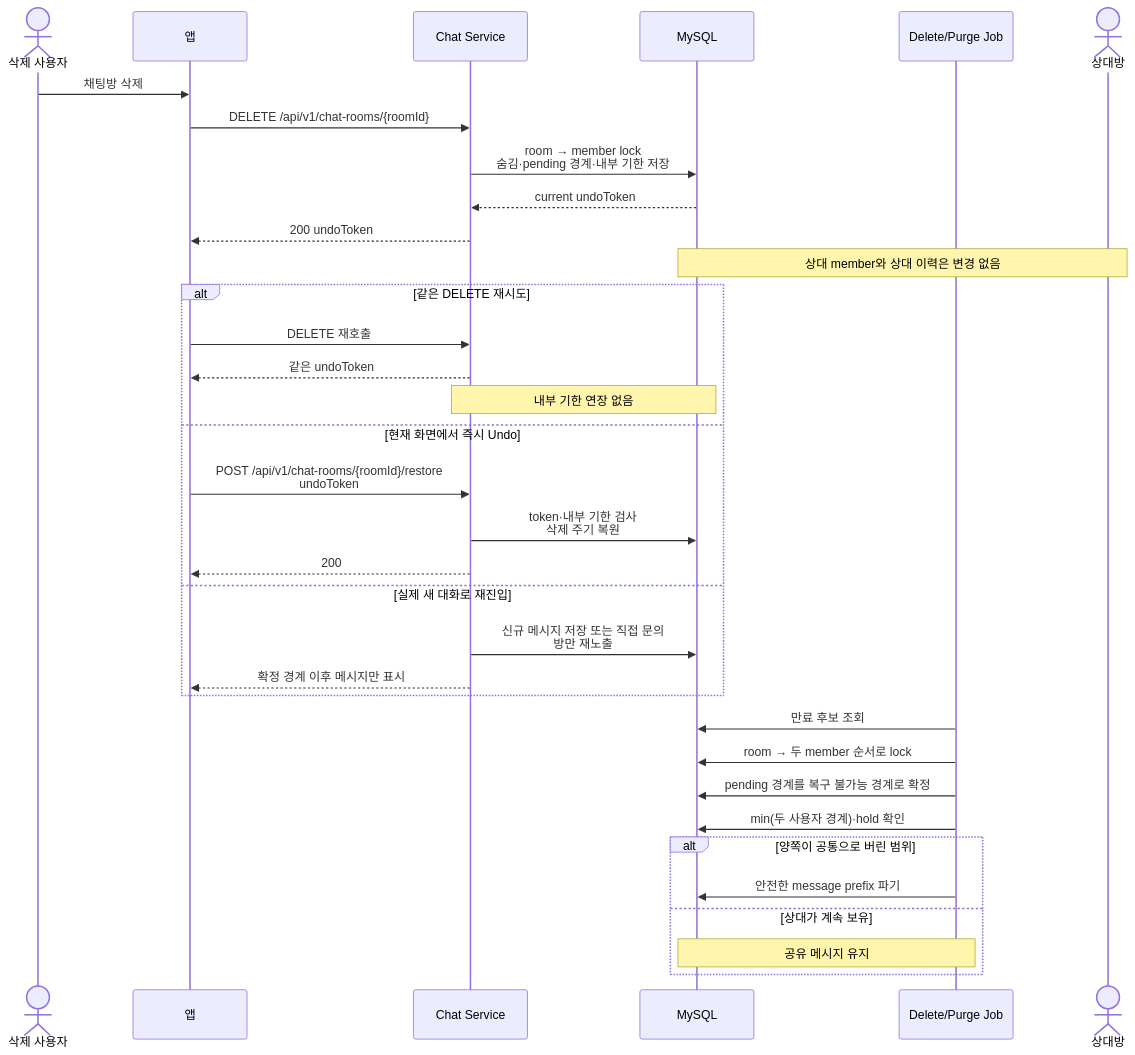
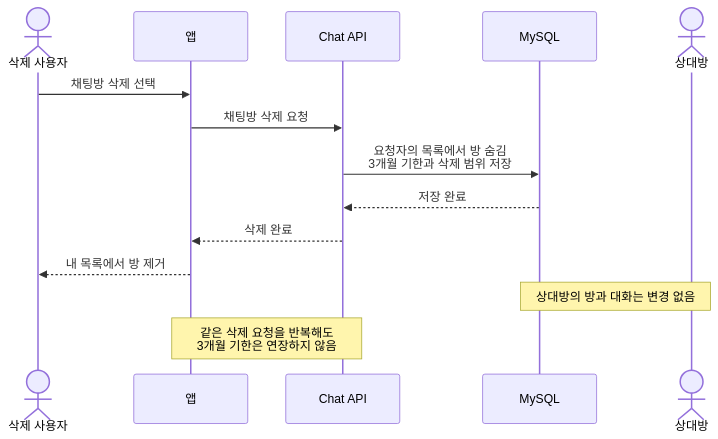
One commit to swyp-app-5th-team1/Kohere-backend changed diagram 12 of 21 in docs/architecture/chat/05-sequence-diagrams.md. Above: the diagram before and after it, drawn with Mermaid. The commit also changed other lines of this file and 4 other files, not shown here.

Commit message:
docs: split chat sequences by scenario

````diff
--- a/docs/architecture/chat/05-sequence-diagrams.md
+++ b/docs/architecture/chat/05-sequence-diagrams.md
@@ -138,39 +265,17 @@
 ```mermaid
 sequenceDiagram
     actor U as 삭제 사용자
     participant APP as 앱
-    participant CHAT as Chat Service
+    participant CHAT as Chat API
     participant DB as MySQL
-    participant JOB as Delete/Purge Job
     actor O as 상대방
 
-    U->>APP: 채팅방 삭제
-    APP->>CHAT: DELETE /api/v1/chat-rooms/{roomId}
-    CHAT->>DB: room → member lock<br/>숨김·pending 경계·내부 기한 저장
-    DB-->>CHAT: current undoToken
-    CHAT-->>APP: 200 undoToken
-    Note over O,DB: 상대 member와 상대 이력은 변경 없음
-
-    alt 같은 DELETE 재시도
-        APP->>CHAT: DELETE 재호출
-        CHAT-->>APP: 같은 undoToken
-        Note over CHAT,DB: 내부 기한 연장 없음
-    else 현재 화면에서 즉시 Undo
-        APP->>CHAT: POST /api/v1/chat-rooms/{roomId}/restore<br/>undoToken
-        CHAT->>DB: token·내부 기한 검사<br/>삭제 주기 복원
-        CHAT-->>APP: 200
-    else 실제 새 대화로 재진입
-        CHAT->>DB: 신규 메시지 저장 또는 직접 문의<br/>방만 재노출
-        CHAT-->>APP: 확정 경계 이후 메시지만 표시
-    end
-
-    JOB->>DB: 만료 후보 조회
-    JOB->>DB: room → 두 member 순서로 lock
-    JOB->>DB: pending 경계를 복구 불가능 경계로 확정
-    JOB->>DB: min(두 사용자 경계)·hold 확인
-    alt 양쪽이 공통으로 버린 범위
-        JOB->>DB: 안전한 message prefix 파기
-    else 상대가 계속 보유
-        Note over JOB,DB: 공유 메시지 유지
-    end
+    U->>APP: 채팅방 삭제 선택
+    APP->>CHAT: 채팅방 삭제 요청
+    CHAT->>DB: 요청자의 목록에서 방 숨김<br/>3개월 기한과 삭제 범위 저장
+    DB-->>CHAT: 저장 완료
+    CHAT-->>APP: 삭제 완료
+    APP-->>U: 내 목록에서 방 제거
+    Note over O,DB: 상대방의 방과 대화는 변경 없음
+    Note over APP,CHAT: 같은 삭제 요청을 반복해도<br/>3개월 기한은 연장하지 않음
 ```
````
